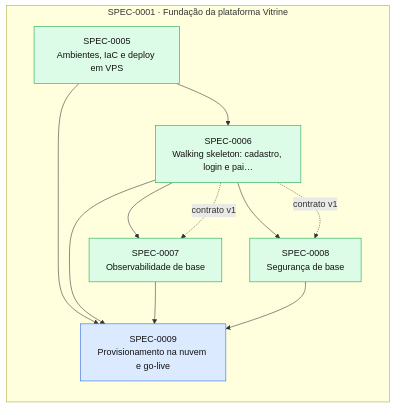
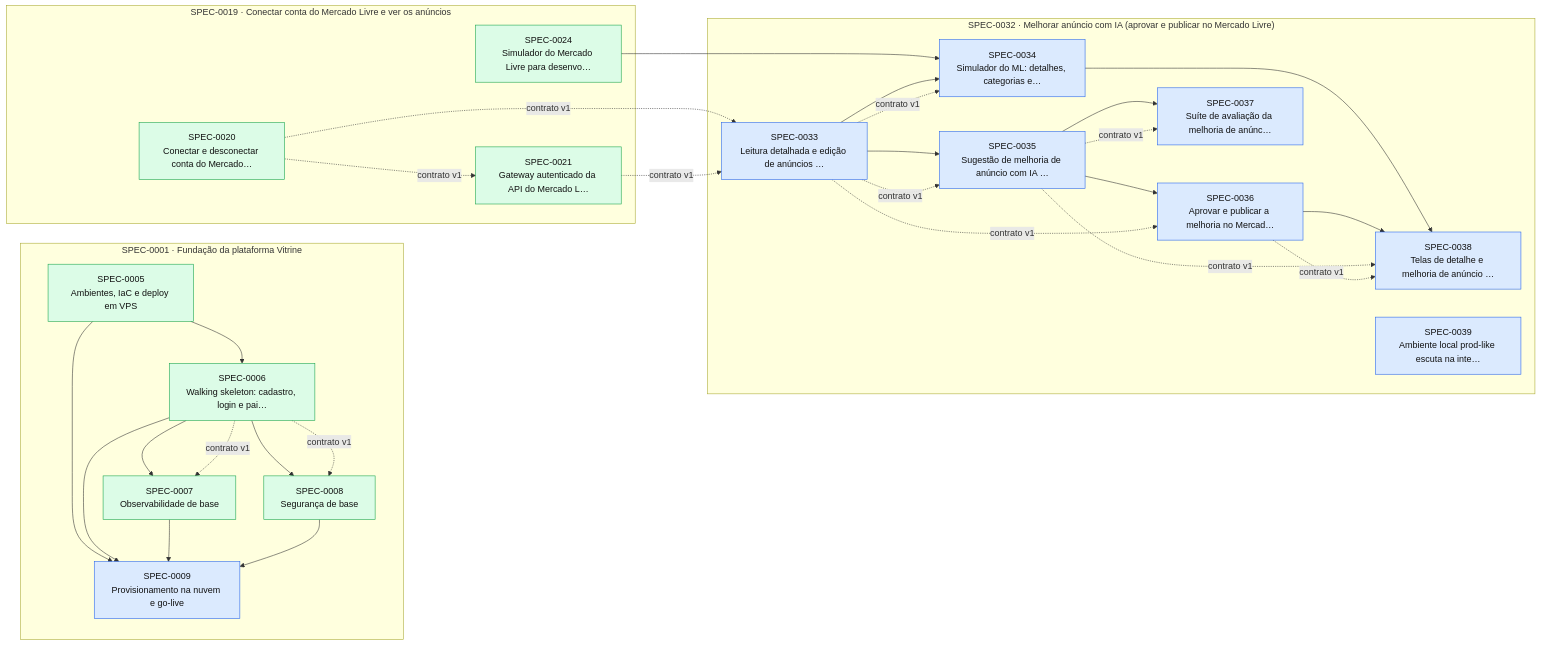
Before and after one commit to thomasravache/vitrine: the diagram in docs/specs/INDEX.md, drawn with Mermaid. The commit also changed other lines of this file and 10 other files, not shown here.

First line of the commit message:
docs(specs): épico SPEC-0032 melhorar anúncio com IA (aprovado no H1)

````diff
--- a/docs/specs/INDEX.md
+++ b/docs/specs/INDEX.md
@@ -58,24 +67,54 @@
 ```mermaid
 flowchart LR
   subgraph E0001["SPEC-0001 · Fundação da plataforma Vitrine"]
     S0005["SPEC-0005<br/>Ambientes, IaC e deploy em VPS"]:::implemented
     S0006["SPEC-0006<br/>Walking skeleton: cadastro, login e pai…"]:::implemented
     S0007["SPEC-0007<br/>Observabilidade de base"]:::implemented
     S0008["SPEC-0008<br/>Segurança de base"]:::implemented
     S0009["SPEC-0009<br/>Provisionamento na nuvem e go-live"]:::approved
+  end
+  subgraph E0019["SPEC-0019 · Conectar conta do Mercado Livre e ver os anúncios"]
+    S0020["SPEC-0020<br/>Conectar e desconectar conta do Mercado…"]:::implemented
+    S0021["SPEC-0021<br/>Gateway autenticado da API do Mercado L…"]:::implemented
+    S0024["SPEC-0024<br/>Simulador do Mercado Livre para desenvo…"]:::implemented
+  end
+  subgraph E0032["SPEC-0032 · Melhorar anúncio com IA (aprovar e publicar no Mercado Livre)"]
+    S0033["SPEC-0033<br/>Leitura detalhada e edição de anúncios …"]:::approved
+    S0034["SPEC-0034<br/>Simulador do ML: detalhes, categorias e…"]:::approved
+    S0035["SPEC-0035<br/>Sugestão de melhoria de anúncio com IA …"]:::approved
+    S0036["SPEC-0036<br/>Aprovar e publicar a melhoria no Mercad…"]:::approved
+    S0037["SPEC-0037<br/>Suíte de avaliação da melhoria de anúnc…"]:::approved
+    S0038["SPEC-0038<br/>Telas de detalhe e melhoria de anúncio …"]:::approved
+    S0039["SPEC-0039<br/>Ambiente local prod-like escuta na inte…"]:::approved
   end
   S0005 --> S0006
   S0006 --> S0007
   S0006 -. contrato v1 .-> S0007
   S0006 --> S0008
   S0006 -. contrato v1 .-> S0008
   S0005 --> S0009
   S0006 --> S0009
   S0007 --> S0009
   S0008 --> S0009
+  S0020 -. contrato v1 .-> S0021
+  S0020 -. contrato v1 .-> S0033
+  S0021 -. contrato v1 .-> S0033
+  S0024 --> S0034
+  S0033 --> S0034
+  S0033 -. contrato v1 .-> S0034
+  S0033 --> S0035
+  S0033 -. contrato v1 .-> S0035
+  S0035 --> S0036
+  S0033 -. contrato v1 .-> S0036
+  S0035 --> S0037
+  S0035 -. contrato v1 .-> S0037
+  S0034 --> S0038
+  S0036 --> S0038
+  S0035 -. contrato v1 .-> S0038
+  S0036 -. contrato v1 .-> S0038
   classDef proposed fill:#fef3c7,stroke:#d97706,color:#111
   classDef approved fill:#dbeafe,stroke:#2563eb,color:#111
   classDef inprogress fill:#ede9fe,stroke:#7c3aed,color:#111
   classDef implemented fill:#dcfce7,stroke:#16a34a,color:#111
   classDef deprecated fill:#f3f4f6,stroke:#9ca3af,color:#6b7280
 ```
````
